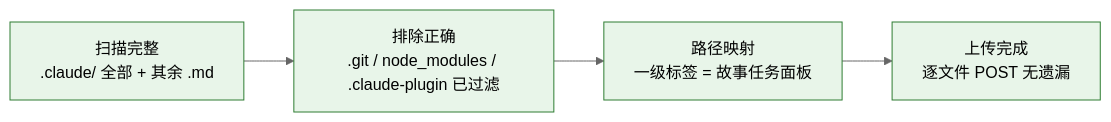
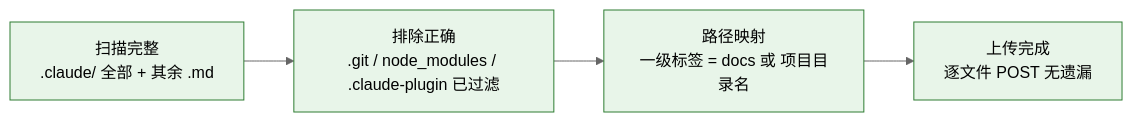
The eighth of 8 diagrams in skills/rui-import/SKILL.md (effiy/YrY), drawn with Mermaid (neutral theme) before and after one commit. The commit also changed other lines of this file and 1 other file, not shown here.

````diff
--- a/skills/rui-import/SKILL.md
+++ b/skills/rui-import/SKILL.md
@@ -291,8 +291,8 @@
 ```mermaid
 flowchart LR
     S1["扫描完整<br/>.claude/ 全部 + 其余 .md"]:::sig --> S2["排除正确<br/>.git / node_modules / .claude-plugin 已过滤"]:::sig
-    S2 --> S3["路径映射<br/>一级标签 = 故事任务面板"]:::sig
+    S2 --> S3["路径映射<br/>一级标签 = docs 或 项目目录名"]:::sig
     S3 --> S4["上传完成<br/>逐文件 POST 无遗漏"]:::sig
 
     classDef sig fill:#e8f5e9,stroke:#2e7d32;
 ```
````
